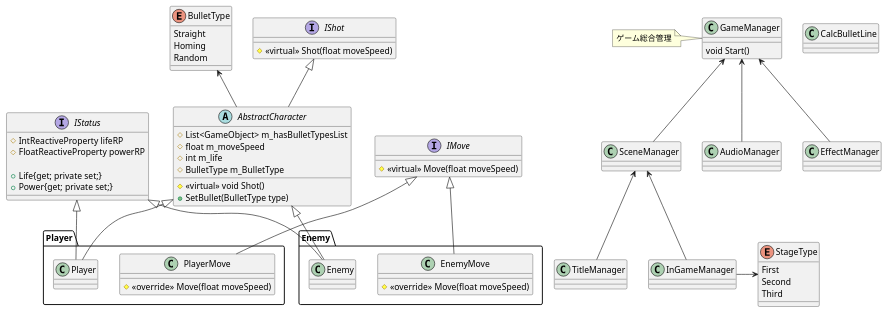
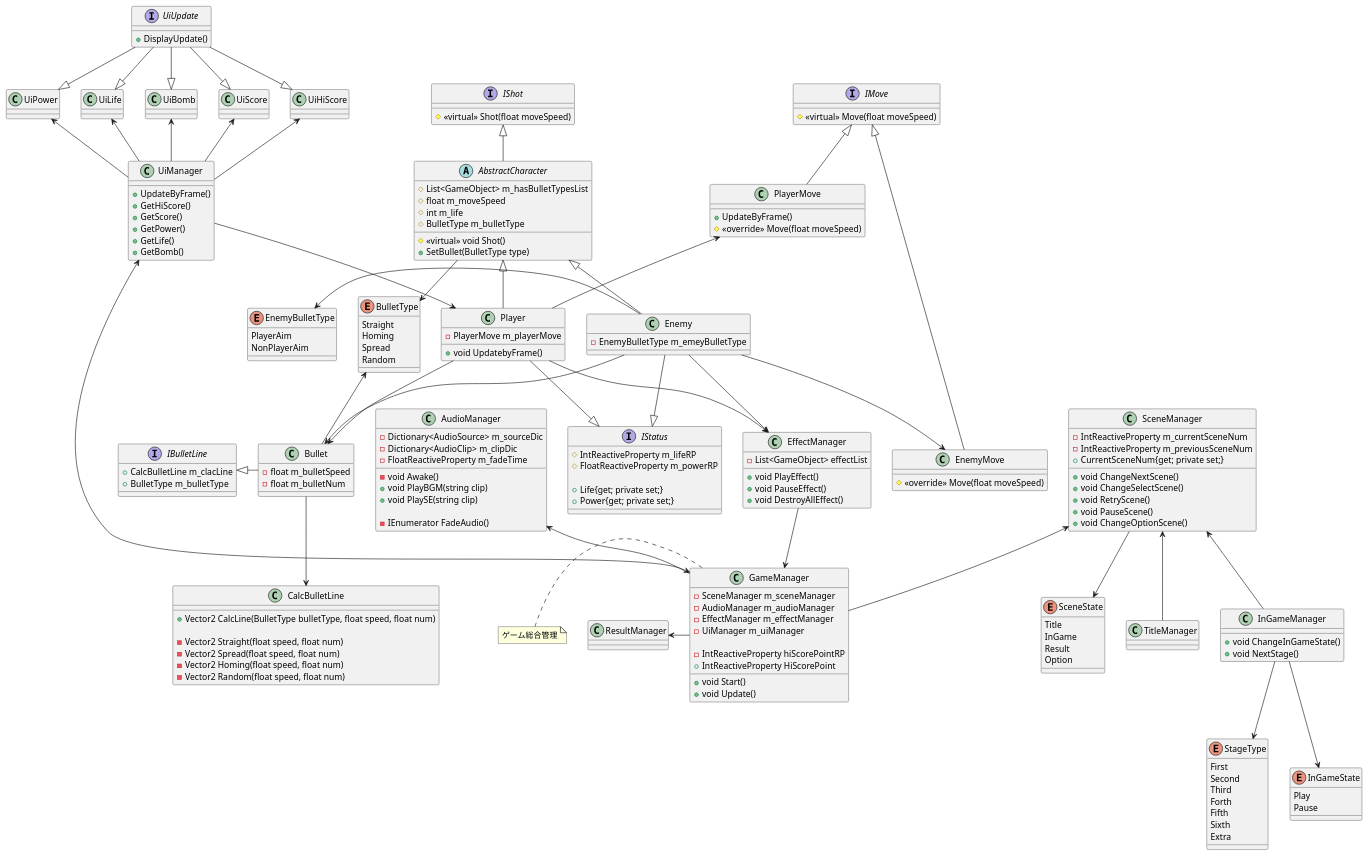
Before and after one commit to Naot-Cocoa/TohoShooting: the diagram in Shooting.plantuml, drawn with PlantUML.

Commit message:
Update Class
Class図を更新

```diff
--- a/Shooting.plantuml
+++ b/Shooting.plantuml
@@ -2,20 +2,61 @@
 
 /'ゲーム進行管理クラス'/
 class GameManager{
-    void Start()
+    -SceneManager m_sceneManager
+    -AudioManager m_audioManager
+    -EffectManager m_effectManager
+    -UiManager m_uiManager
+
+    -IntReactiveProperty hiScorePointRP
+    +IntReactiveProperty HiScorePoint
+
+    +void Start()
+    +void Update()
 }
 note left : ゲーム総合管理
 
+class UiManager{
+    +UpdateByFrame()
+    +GetHiScore()
+    +GetScore()
+    +GetPower()
+    +GetLife()
+    +GetBomb()
+}
+
 /'シーン管理クラス'/
 class SceneManager{
+    -IntReactiveProperty m_currentSceneNum
+    -IntReactiveProperty m_previousSceneNum
+    +CurrentSceneNum{get; private set;}
+
+    +void ChangeNextScene()
+    +void ChangeSelectScene()
+    +void RetryScene()
+    +void PauseScene()
+    +void ChangeOptionScene()
 }
 
 /'BGM,SE管理クラス'/
 class AudioManager{
+    -Dictionary<AudioSource> m_sourceDic
+    -Dictionary<AudioClip> m_clipDic
+    -FloatReactiveProperty m_fadeTime
+
+    -void Awake()
+    +void PlayBGM(string clip)
+    +void PlaySE(string clip)
+
+    -IEnumerator FadeAudio()
 }
 
 /'BGM,SE管理クラス'/
 class EffectManager{
+    -List<GameObject> effectList
+
+    +void PlayEffect()
+    +void PauseEffect()
+    +void DestroyAllEffect()
 }
 
 /'タイトルシーン管理クラス'/
@@ -24,55 +65,92 @@
 
 /'インゲームシーン管理クラス'/
 class InGameManager{
+    
+    +void ChangeInGameState()
+    +void NextStage()
 }
 
-/'ステージステート'/
-enum StageType{
-    First
-    Second
-    Third
+/'インゲームシーン管理クラス'/
+class ResultManager{
+    
 }
 
-/'弾の種類'/
-enum BulletType{
-    Straight
-    Homing
-    Random
-    
-}
+
+    /'ステージの状態'/
+    enum StageType{
+        First
+        Second
+        Third
+        Forth
+        Fifth
+        Sixth
+        Extra
+    }
+
+    /'弾の種類'/
+    enum BulletType{
+        Straight
+        Homing
+        Spread
+        Random
+    }
+
+    /'敵の弾の種類'/
+    enum EnemyBulletType{
+        PlayerAim
+        NonPlayerAim
+    }
+
+    /'シーンの状態'/
+    enum SceneState{
+        Title
+        InGame
+        Result
+        Option
+    }
+
+    /'ゲームプレイ状態'/
+    enum InGameState{
+        Play
+        Pause
+    }
+
 
 /'抽象化キャラクター'/
 abstract class AbstractCharacter{
     #List<GameObject> m_hasBulletTypesList
     #float m_moveSpeed
     #int m_life
-    #BulletType m_BulletType
+    #BulletType m_bulletType
 
     #<<virtual>> void Shot()
     + SetBullet(BulletType type)
 }
 
-namespace Player{
-    /'プレイヤー'/
-    class Player{
-    }
+/'プレイヤー'/
+class Player{
+    -PlayerMove m_playerMove
 
-    /'プレイヤーの移動'/
-    class PlayerMove{
-        #<<override>> Move(float moveSpeed)
-    }
+    +void UpdatebyFrame()
 }
 
-namespace Enemy{
-    /'エネミー'/
-    class Enemy{
-    }
+/'プレイヤーの移動'/
+class PlayerMove{
+    +UpdateByFrame()
+    #<<override>> Move(float moveSpeed)
+}
 
-    /'敵の移動'/
-    class EnemyMove{
-        #<<override>> Move(float moveSpeed)
-    }
+
+/'エネミー'/
+class Enemy{
+    -EnemyBulletType m_emeyBulletType
 }
+
+/'敵の移動'/
+class EnemyMove{
+    #<<override>> Move(float moveSpeed)
+}
+
 interface IShot{
     #<<virtual>> Shot(float moveSpeed)
 }
@@ -84,35 +162,107 @@
 
 /'ステータスインタフェース'/
 interface IStatus{
-    # IntReactiveProperty lifeRP
-    # FloatReactiveProperty powerRP
+    #IntReactiveProperty m_lifeRP
+    #FloatReactiveProperty m_powerRP
 
     +Life{get; private set;}
     +Power{get; private set;}
 }
 
+
+/'弾道のインタフェース'/
+interface IBulletLine{
+    +CalcBulletLine m_clacLine
+    +BulletType m_bulletType
+}
+
+/'弾管理クラス'/
+class Bullet{
+    -float m_bulletSpeed
+    -float m_bulletNum
+}
+
 /'弾道計算処理クラス'/
 class CalcBulletLine{
+    +Vector2 CalcLine(BulletType bulletType, float speed, float num)
+
+    -Vector2 Straight(float speed, float num)
+    -Vector2 Spread(float speed, float num)
+    -Vector2 Homing(float speed, float num)
+    -Vector2 Random(float speed, float num)
 }
 
-SceneManager -u-> GameManager
-AudioManager -u-> GameManager
-EffectManager -u-> GameManager
+interface UiUpdate{
+    +DisplayUpdate()
+}
+
+class UiPower{
+}
+
+class UiLife{
+}
+
+class UiBomb{
+}
+
+class UiScore{
+}
+
+class UiHiScore{
+}
+
+
+SceneManager <-d- GameManager
+AudioManager <-d- GameManager
+EffectManager -d-> GameManager
+UiManager <-d-> GameManager
+ResultManager <-r- GameManager
 TitleManager -u-> SceneManager
 InGameManager -u-> SceneManager
-InGameManager -r-> StageType
 
-AbstractCharacter -u-> BulletType
-AbstractCharacter <|-- Player.Player
-AbstractCharacter <|-- Enemy.Enemy
+InGameManager --> StageType
+InGameManager --> InGameState
 
-IMove <|-d- Player.PlayerMove
-IMove <|-d- Enemy.EnemyMove
+SceneManager --> SceneState
+
+IBulletLine <|-r- Bullet
+Bullet --> CalcBulletLine
+Bullet -u-> BulletType
+
+Player -u-> PlayerMove
+Player --> EffectManager
+Player --> Bullet
+
+Enemy --> EffectManager
+Enemy -l-> EnemyBulletType
+Enemy --> EnemyMove
+Enemy -d-> Bullet
+
+UiManager -d-> Player
+
+UiBomb    <-- UiManager
+UiHiScore <-- UiManager
+UiLife    <-- UiManager
+UiPower   <-- UiManager
+UiScore   <-- UiManager
+
+UiUpdate --|> UiBomb
+UiUpdate --|> UiHiScore
+UiUpdate --|> UiLife
+UiUpdate --|> UiPower
+UiUpdate --|> UiScore
+
+AbstractCharacter --> BulletType
+AbstractCharacter <|-- Player
+AbstractCharacter <|-- Enemy
+
+IMove <|-d- PlayerMove
+IMove <|-d- EnemyMove
 
 AbstractCharacter -u-|> IShot
 
-Player.Player -u-|> IStatus
-Enemy.Enemy -u-|> IStatus
+Player --|> IStatus
+Enemy --|> IStatus
 
 
 @enduml
```
